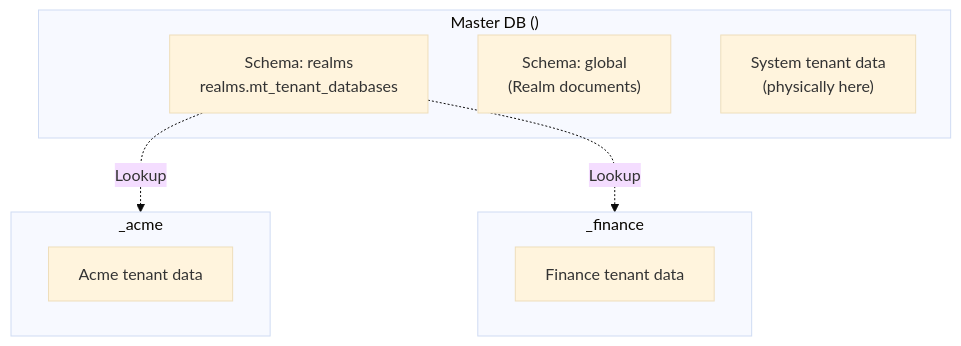
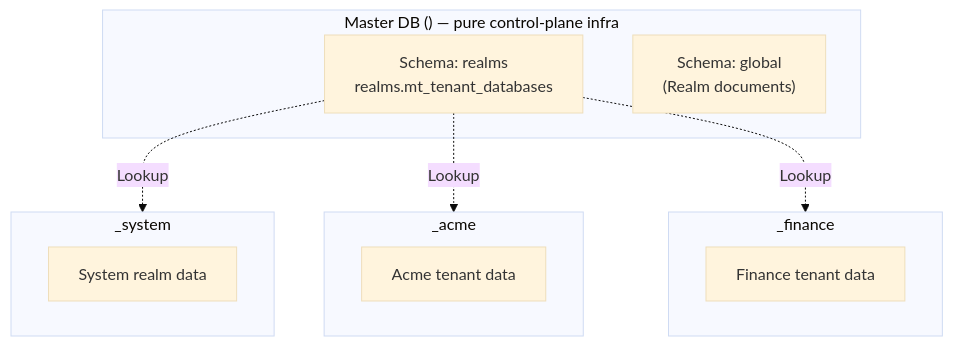
Before and after one commit to cocoar-dev/modgud: the diagram in docs/operate/realms.md, drawn with Mermaid (base theme). The commit also changed other lines of this file and 28 other files, not shown here.

First line of the commit message:
feat(identity): transferable control-plane + strict master/system DB separation (AppBase v3/v4, Phase B) (#44)

````diff
--- a/docs/operate/realms.md
+++ b/docs/operate/realms.md
@@ -79,19 +79,23 @@
 ```mermaid
 graph TD
-    subgraph Master["Master DB (<master-db>)"]
+    subgraph Master["Master DB (<master-db>) — pure control-plane infra"]
         Tenancy["Schema: realms<br/>realms.mt_tenant_databases"]
         GlobalSchema["Schema: global<br/>(Realm documents)"]
-        SystemTenant["System tenant data<br/>(physically here)"]
+    end
+
+    subgraph System["<master-db>_system"]
+        SystemData["System realm data"]
     end
 
     subgraph Acme["<master-db>_acme"]
         AcmeData["Acme tenant data"]
     end
 
     subgraph Finance["<master-db>_finance"]
         FinanceData["Finance tenant data"]
     end
 
+    Tenancy -.->|Lookup| System
     Tenancy -.->|Lookup| Acme
     Tenancy -.->|Lookup| Finance
 ```
````
